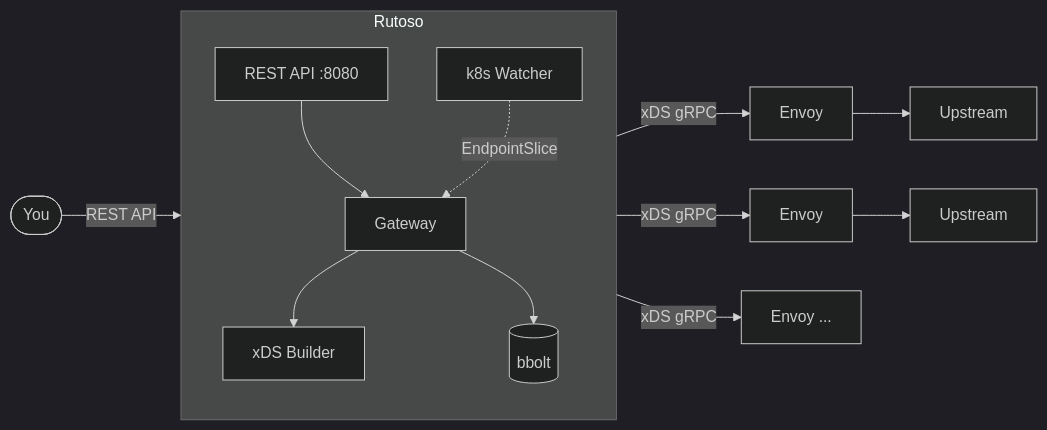
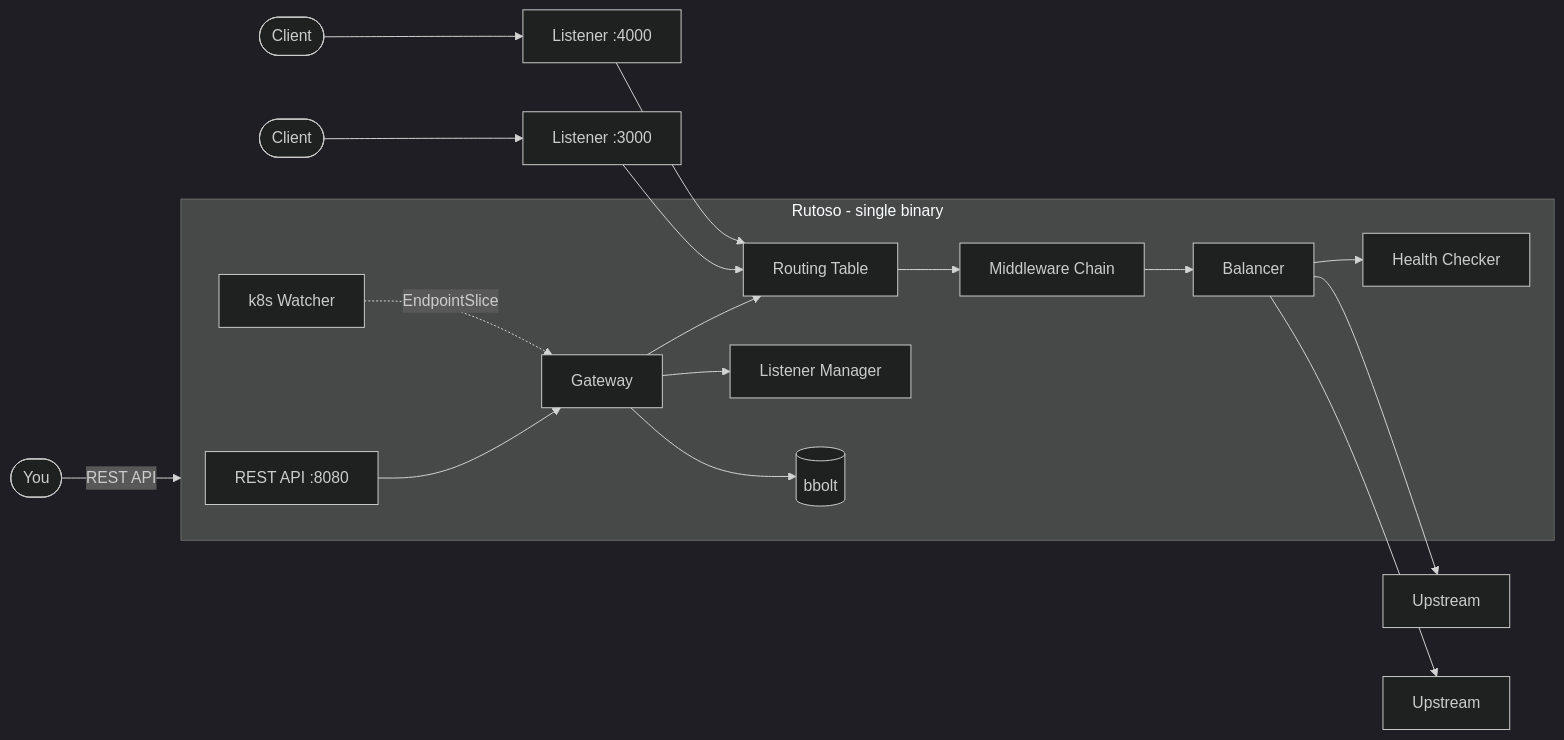
The diagram in README.md (achetronic/vrata), drawn with Mermaid (dark theme) before and after one commit. The commit also changed other lines of this file and 4 other files, not shown here.

````diff
--- a/README.md
+++ b/README.md
@@ -29,17 +16,22 @@
 ```mermaid
 flowchart LR
     User([You]) -->|REST API| Rutoso
-    Rutoso -->|xDS gRPC| E1[Envoy]
-    Rutoso -->|xDS gRPC| E2[Envoy]
-    Rutoso -->|xDS gRPC| En[Envoy ...]
+    C1([Client]) --> L1[Listener :3000]
+    C2([Client]) --> L2[Listener :4000]
 
-    subgraph Rutoso
+    subgraph Rutoso[Rutoso - single binary]
         API[REST API :8080] --> GW[Gateway]
-        GW --> Builder[xDS Builder]
+        GW --> RT[Routing Table]
+        GW --> LM[Listener Manager]
+        RT --> MW[Middleware Chain]
+        MW --> LB[Balancer]
+        LB --> HC[Health Checker]
         GW --> Store[(bbolt)]
         K8s[k8s Watcher] -.->|EndpointSlice| GW
     end
 
-    E1 --> U1[Upstream]
-    E2 --> U2[Upstream]
+    L1 --> RT
+    L2 --> RT
+    LB --> U1[Upstream]
+    LB --> U2[Upstream]
 ```
````
